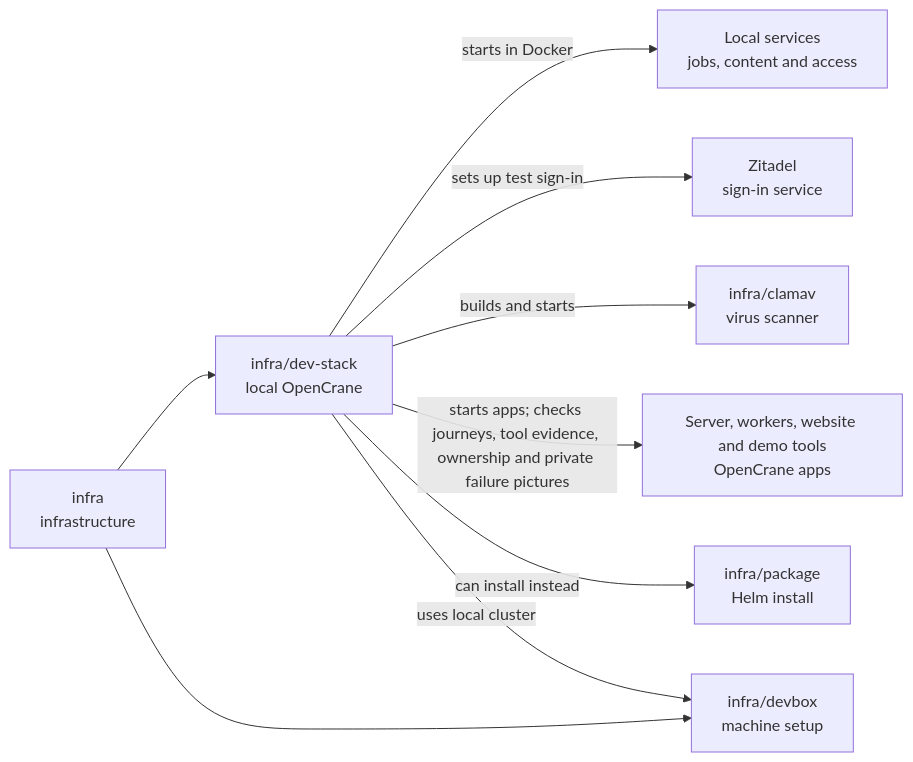
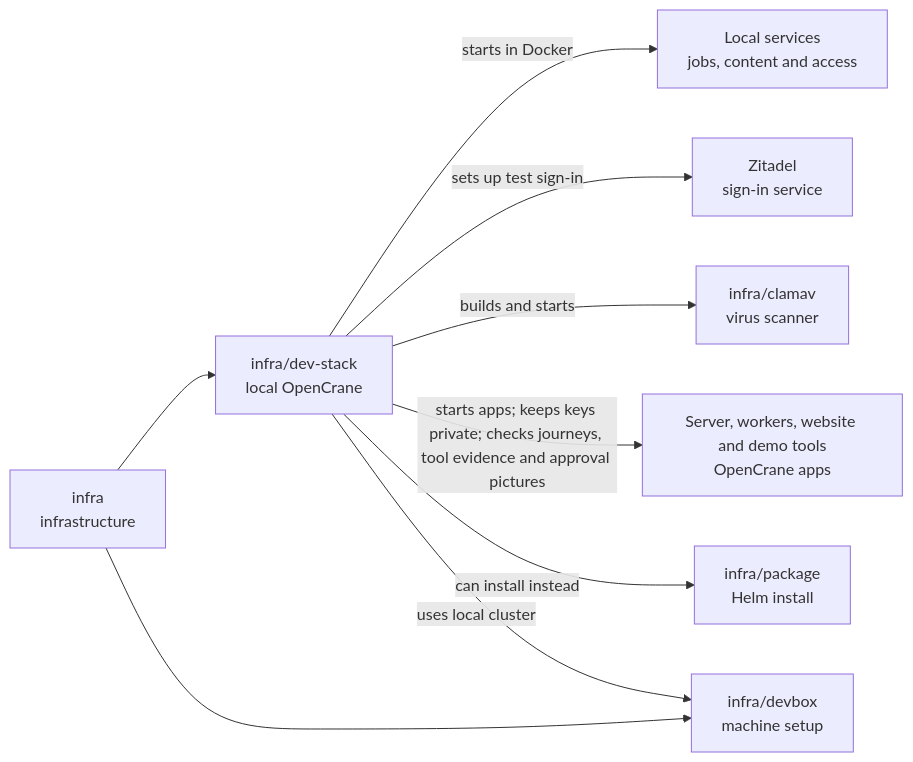
Before and after one commit to elewa-git/opencrane-new: the diagram in infra/dev-stack/README.md, drawn with Mermaid. The commit also changed other lines of this file and 4 other files, not shown here.

````diff
--- a/infra/dev-stack/README.md
+++ b/infra/dev-stack/README.md
@@ -16,11 +16,11 @@
 ```mermaid
 flowchart LR
   infra["infra<br/>infrastructure"] --> stack["infra/dev-stack<br/>local OpenCrane"]
   infra --> devbox["infra/devbox<br/>machine setup"]
   stack -->|starts in Docker| services["Local services<br/>jobs, content and access"]
   stack -->|sets up test sign-in| zitadel["Zitadel<br/>sign-in service"]
   stack -->|builds and starts| clamav["infra/clamav<br/>virus scanner"]
-  stack -->|starts apps; checks journeys, tool evidence, ownership and private failure pictures| apps["Server, workers, website and demo tools<br/>OpenCrane apps"]
+  stack -->|starts apps; keeps keys private; checks journeys, tool evidence and approval pictures| apps["Server, workers, website and demo tools<br/>OpenCrane apps"]
   stack -->|can install instead| package["infra/package<br/>Helm install"]
   stack -->|uses local cluster| devbox
 ```
````
